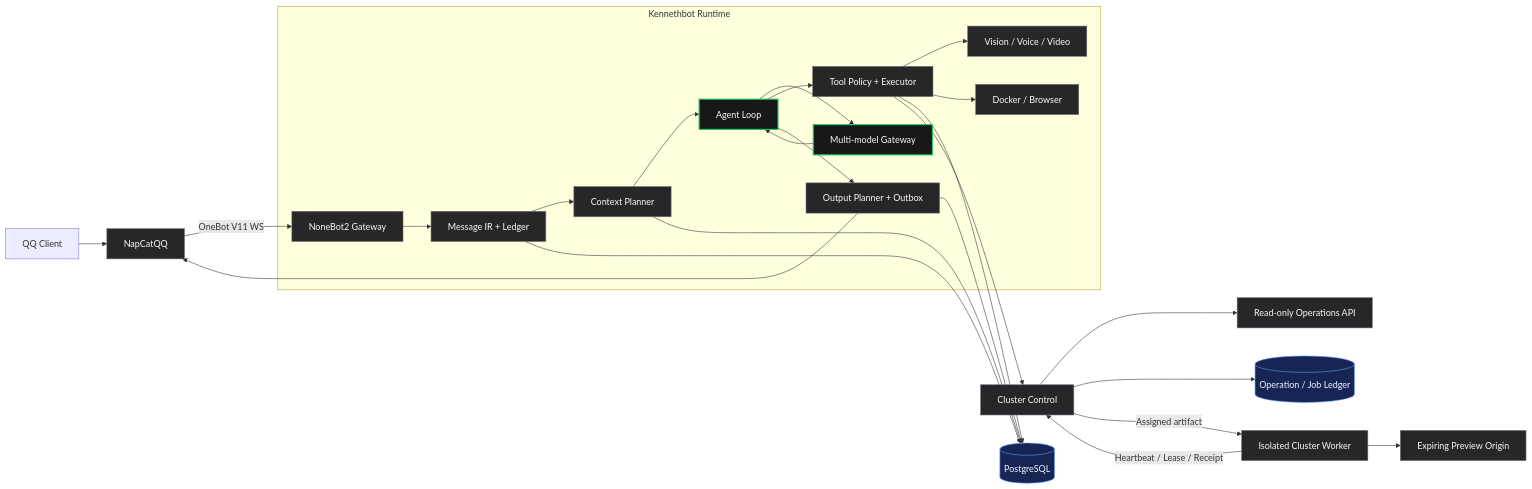
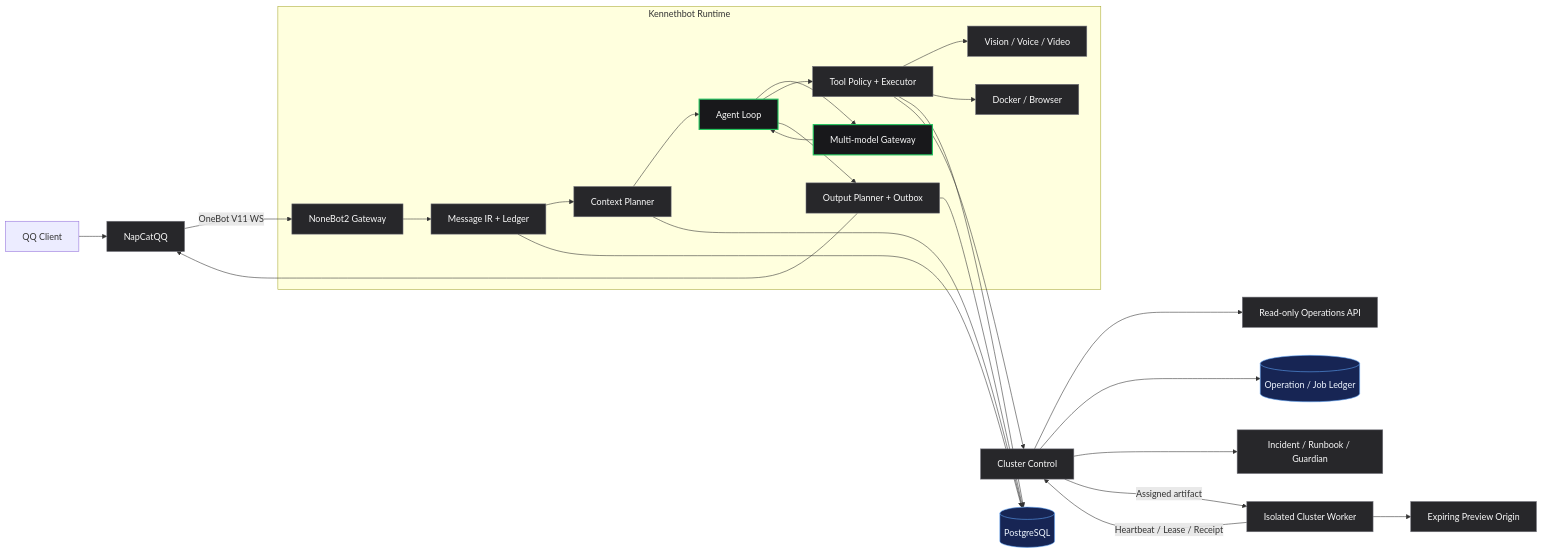
The diagram in README.md (zty20040403/chat-bot), drawn with Mermaid before and after one commit. The commit also changed other lines of this file and 33 other files, not shown here.

````diff
--- a/README.md
+++ b/README.md
@@ -68,36 +76,37 @@
 ```mermaid
 flowchart LR
     QQ[QQ Client] --> NC[NapCatQQ]
     NC -->|OneBot V11 WS| NB[NoneBot2 Gateway]
 
     subgraph Runtime[Kennethbot Runtime]
         NB --> IR[Message IR + Ledger]
         IR --> CTX[Context Planner]
         CTX --> AGENT[Agent Loop]
         AGENT --> LLM[Multi-model Gateway]
         LLM --> AGENT
         AGENT --> TOOLS[Tool Policy + Executor]
         TOOLS --> MEDIA[Vision / Voice / Video]
         TOOLS --> BOX[Docker / Browser]
         AGENT --> OUT[Output Planner + Outbox]
     end
 
     IR --> PG[(PostgreSQL)]
     CTX --> PG
     TOOLS --> PG
     OUT --> PG
     OUT --> NC
     TOOLS --> CC[Cluster Control]
     CC --> OPS[Read-only Operations API]
     CC --> QUEUE[(Operation / Job Ledger)]
+    CC --> MEMORY[Incident / Runbook / Guardian]
     CW[Isolated Cluster Worker] -->|Heartbeat / Lease / Receipt| CC
     CC -->|Assigned artifact| CW
     CW --> PREVIEW[Expiring Preview Origin]
 
     classDef core fill:#18181b,stroke:#22c55e,color:#fafafa,stroke-width:2px;
     classDef service fill:#27272a,stroke:#71717a,color:#fafafa;
     classDef data fill:#172554,stroke:#60a5fa,color:#eff6ff;
     class AGENT,LLM core;
-    class NC,NB,IR,CTX,TOOLS,MEDIA,BOX,OUT,CC,OPS,CW,PREVIEW service;
+    class NC,NB,IR,CTX,TOOLS,MEDIA,BOX,OUT,CC,OPS,CW,PREVIEW,MEMORY service;
     class PG,QUEUE data;
 ```
````
